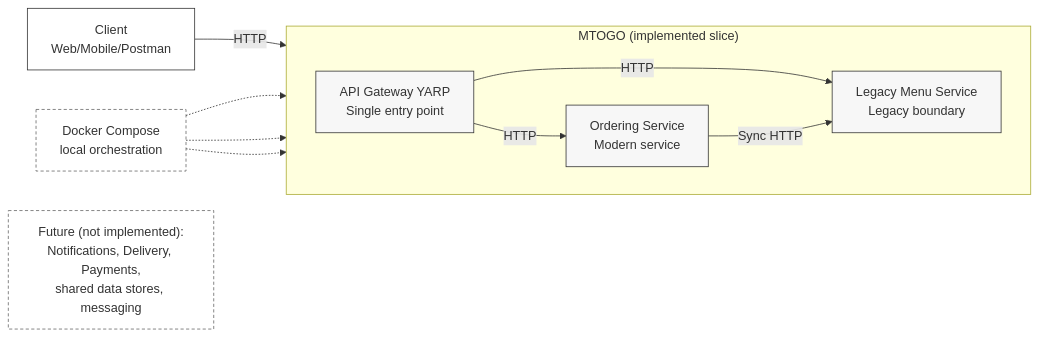
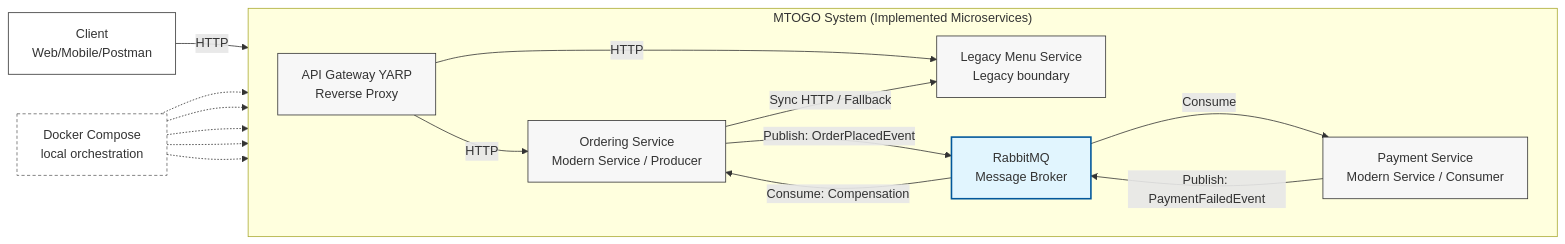
Before and after one commit to VivekNagra/mtogo-final-exam: the diagram in docs/diagrams/c4-container.mmd, drawn with Mermaid. The commit also changed 2 other files, not shown here.

```diff
--- a/docs/diagrams/c4-container.mmd
+++ b/docs/diagrams/c4-container.mmd
@@ -1,31 +1,38 @@
 flowchart LR
   %% C4-style Container diagram (implementation-focused)
-
   classDef container fill:#f7f7f7,stroke:#333,stroke-width:1px;
   classDef boundary fill:#fff,stroke:#666,stroke-dasharray: 4 3;
   classDef client fill:#fff,stroke:#333,stroke-width:1px;
+  classDef broker fill:#e1f5fe,stroke:#01579b,stroke-width:2px;
 
   U[Client\nWeb/Mobile/Postman]:::client
 
-  subgraph MTOGO["MTOGO (implemented slice)"]
+  subgraph MTOGO["MTOGO System (Implemented Microservices)"]
     direction LR
-    G[API Gateway YARP\nSingle entry point]:::container
-    O[Ordering Service\nModern service]:::container
+    G[API Gateway YARP\nReverse Proxy]:::container
+    O[Ordering Service\nModern Service / Producer]:::container
+    P[Payment Service\nModern Service / Consumer]:::container
     L[Legacy Menu Service\nLegacy boundary]:::container
+    R[RabbitMQ\nMessage Broker]:::broker
   end
 
   U -->|HTTP| G
   G -->|HTTP| O
   G -->|HTTP| L
 
-  %% Key integration (explicit in repo story)
-  O -->|Sync HTTP| L
+  %% Synchronous Integration (Strangler)
+  O -->|Sync HTTP / Fallback| L
 
-  %% Local runtime
+  %% Asynchronous Integration (Saga/EDA)
+  O -->|Publish: OrderPlacedEvent| R
+  R -->|Consume| P
+  P -->|Publish: PaymentFailedEvent| R
+  R -->|Consume: Compensation| O
+
+  %% Infrastructure
   D[Docker Compose\nlocal orchestration]:::boundary
   D -.-> G
   D -.-> O
+  D -.-> P
   D -.-> L
-
-  %% Future containers (not implemented)
-  F["Future (not implemented):\nNotifications, Delivery, Payments,\nshared data stores, messaging"]:::boundary
+  D -.-> R
```
